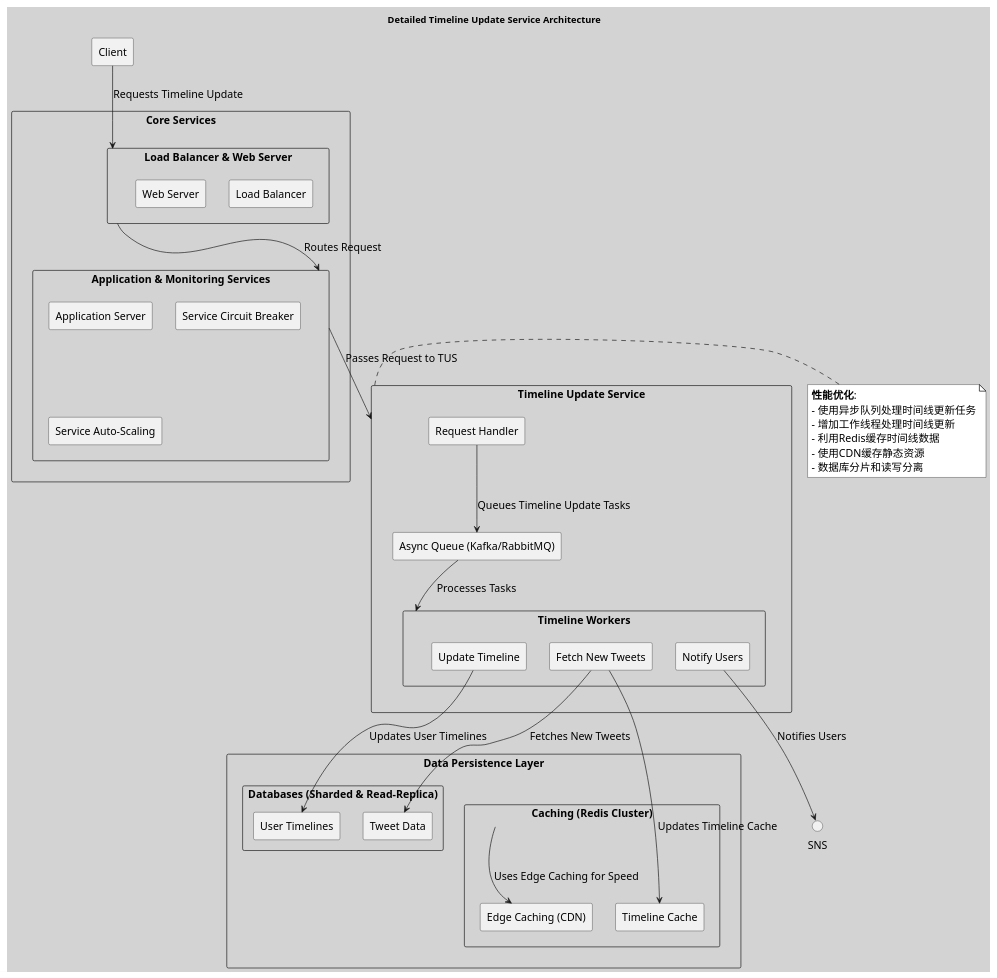
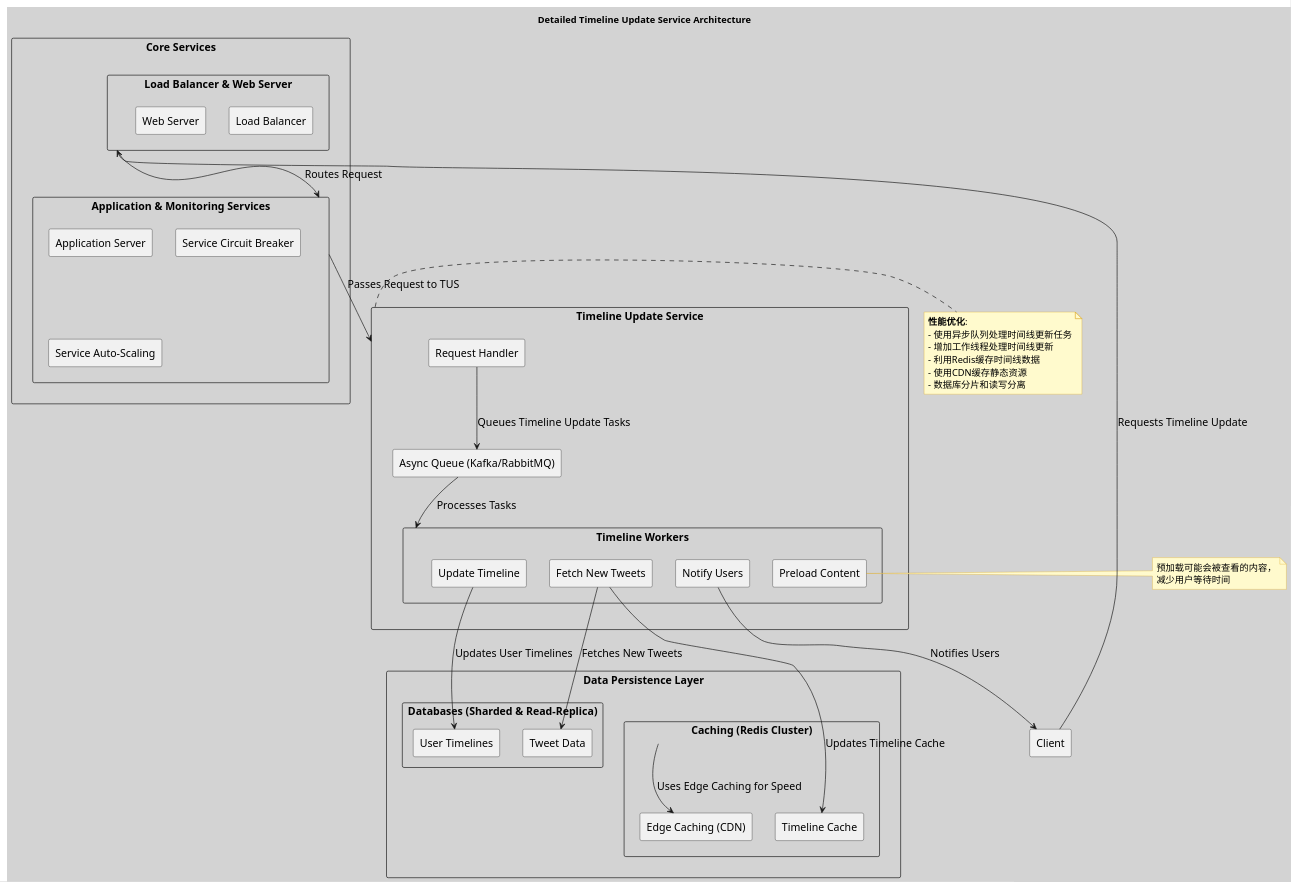
One commit to huangyingw/system_design changed the diagram in twitter/timeline_update_service_detailed_architecture.puml. Above: the diagram before and after it, drawn with PlantUML.

```diff
--- a/twitter/timeline_update_service_detailed_architecture.puml
+++ b/twitter/timeline_update_service_detailed_architecture.puml
@@ -1,70 +1,76 @@
 @startuml
 
 skinparam backgroundColor #D3D3D3
 skinparam defaultFontName "Arial"
 skinparam defaultFontSize 16
 skinparam note {
-  BackgroundColor #FFFFFF
-  BorderColor #000000
-  FontSize 16
+  BackgroundColor #FFFACD
+  BorderColor #DAA520
+  FontSize 14
   FontName "Arial"
 }
 
 title Detailed Timeline Update Service Architecture
 
 rectangle "Client" as Client
 
 rectangle "Core Services" as Core {
     rectangle "Load Balancer & Web Server" as LBWS {
         rectangle "Load Balancer" as LB
         rectangle "Web Server" as WS
     }
     rectangle "Application & Monitoring Services" as AMS {
         rectangle "Application Server" as AS
         rectangle "Service Circuit Breaker" as SCB
         rectangle "Service Auto-Scaling" as SAS
     }
 }
 
 rectangle "Timeline Update Service" as TUS {
     rectangle "Request Handler" as RH
     rectangle "Async Queue (Kafka/RabbitMQ)" as AQ
     rectangle "Timeline Workers" as TW {
         rectangle "Fetch New Tweets" as FNT
         rectangle "Update Timeline" as UT
         rectangle "Notify Users" as NU
+        rectangle "Preload Content" as PC
     }
 }
 
 rectangle "Data Persistence Layer" as DPS {
     rectangle "Caching (Redis Cluster)" as Cache {
         rectangle "Timeline Cache" as TC
         rectangle "Edge Caching (CDN)" as EC
     }
     rectangle "Databases (Sharded & Read-Replica)" as DB {
         rectangle "User Timelines" as UTDB
         rectangle "Tweet Data" as TD
     }
 }
 
 Client -down-> LBWS : Requests Timeline Update
 LBWS -down-> AMS : Routes Request
 AMS -down-> TUS : Passes Request to TUS
 RH -down-> AQ : Queues Timeline Update Tasks
 AQ -down-> TW : Processes Tasks
 FNT -down-> TD : Fetches New Tweets
 FNT -down-> TC : Updates Timeline Cache
 UT -down-> UTDB : Updates User Timelines
-NU -down-> SNS : Notifies Users
+NU -down-> Client : Notifies Users
 Cache -down-> EC : Uses Edge Caching for Speed
 
 note right of TUS
   **性能优化**:
   - 使用异步队列处理时间线更新任务
   - 增加工作线程处理时间线更新
   - 利用Redis缓存时间线数据
   - 使用CDN缓存静态资源
   - 数据库分片和读写分离
 end note
 
+note right of PC
+  预加载可能会被查看的内容，
+  减少用户等待时间
+end note
+
 @enduml
```
